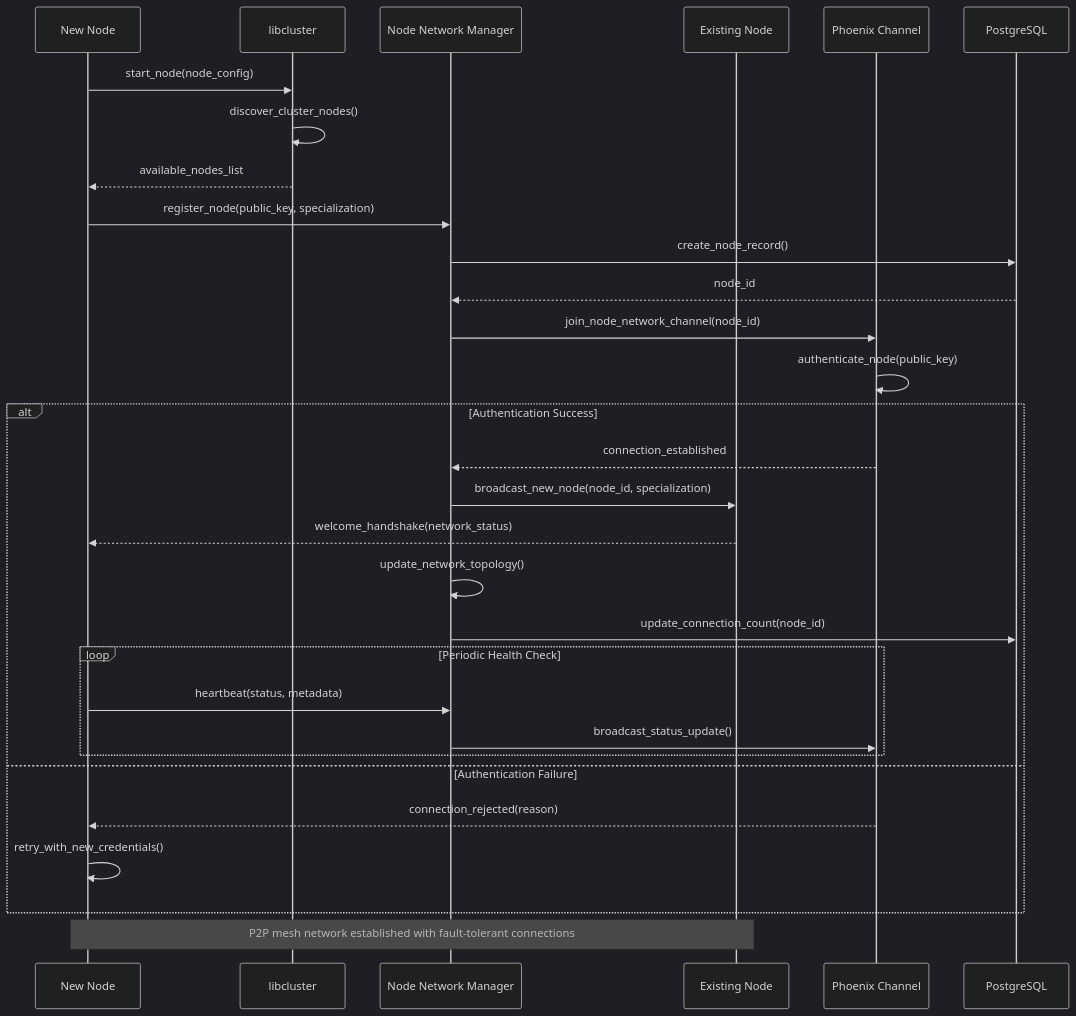
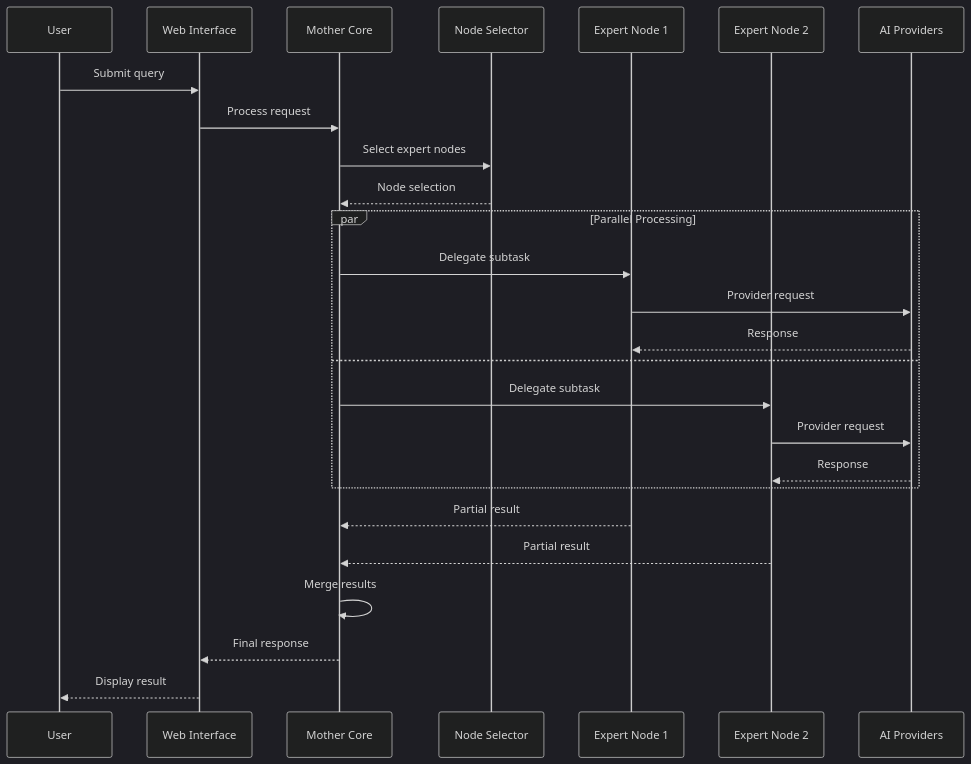
One commit to fodurrr/xpando_ai changed the third of 3 diagrams in docs/architecture/core-workflows.md. Above: the diagram before and after it, drawn with Mermaid (dark theme). The commit also changed other lines of this file and 25 other files, not shown here.

First line of the commit message:
Update architecture documentation and dependency management

````diff
--- a/docs/architecture/core-workflows.md
+++ b/docs/architecture/core-workflows.md
@@ -93,40 +57,31 @@
 ```mermaid
 sequenceDiagram
-    participant N1 as New Node
-    participant LC as libcluster
-    participant NN as Node Network Manager
-    participant N2 as Existing Node
-    participant CH as Phoenix Channel
-    participant DB as PostgreSQL
+    participant U as User
+    participant W as Web Interface
+    participant MC as Mother Core
+    participant NS as Node Selector
+    participant N1 as Expert Node 1
+    participant N2 as Expert Node 2
+    participant AI as AI Providers
     
-    N1->>LC: start_node(node_config)
-    LC->>LC: discover_cluster_nodes()
-    LC-->>N1: available_nodes_list
+    U->>W: Submit query
+    W->>MC: Process request
+    MC->>NS: Select expert nodes
+    NS-->>MC: Node selection
     
-    N1->>NN: register_node(public_key, specialization)
-    NN->>DB: create_node_record()
-    DB-->>NN: node_id
-    
-    NN->>CH: join_node_network_channel(node_id)
-    CH->>CH: authenticate_node(public_key)
-    
-    alt Authentication Success
-        CH-->>NN: connection_established
-        NN->>N2: broadcast_new_node(node_id, specialization)
-        N2-->>N1: welcome_handshake(network_status)
-        
-        NN->>NN: update_network_topology()
-        NN->>DB: update_connection_count(node_id)
-        
-        loop Periodic Health Check
-            N1->>NN: heartbeat(status, metadata)
-            NN->>CH: broadcast_status_update()
-        end
-        
-    else Authentication Failure
-        CH-->>N1: connection_rejected(reason)
-        N1->>N1: retry_with_new_credentials()
+    par Parallel Processing
+        MC->>N1: Delegate subtask
+        N1->>AI: Provider request
+        AI-->>N1: Response
+    and
+        MC->>N2: Delegate subtask
+        N2->>AI: Provider request
+        AI-->>N2: Response
     end
     
-    Note over N1, N2: P2P mesh network established with fault-tolerant connections
+    N1-->>MC: Partial result
+    N2-->>MC: Partial result
+    MC->>MC: Merge results
+    MC-->>W: Final response
+    W-->>U: Display result
 ```
````
